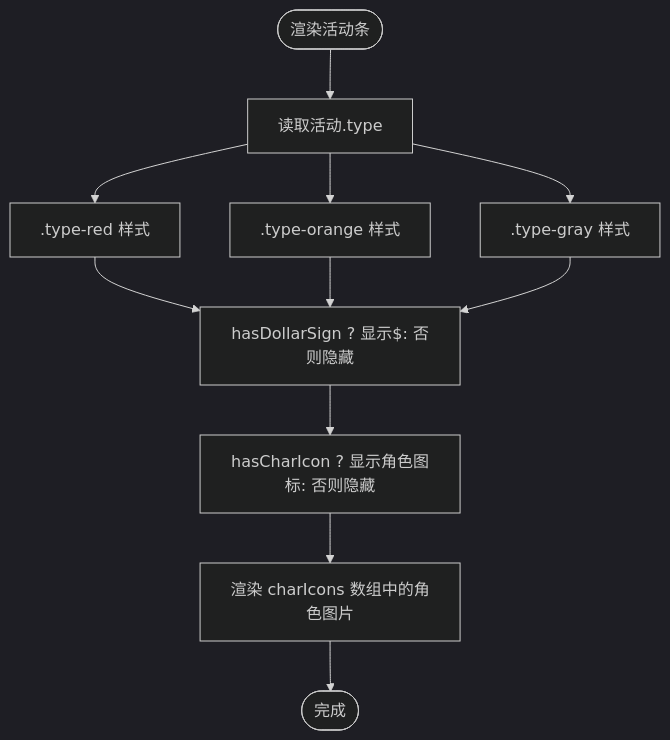
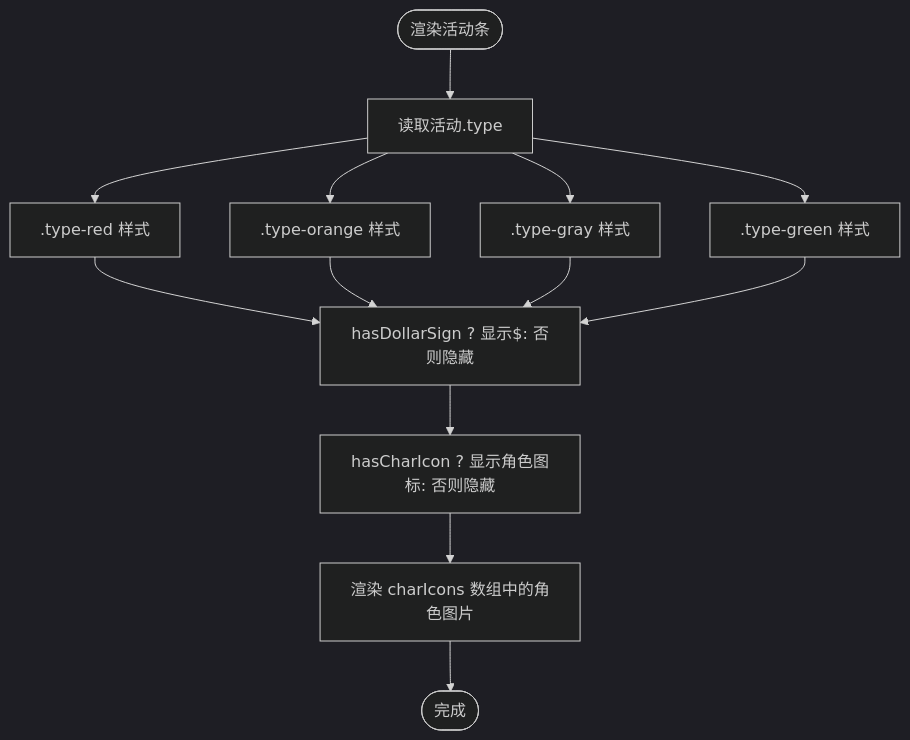
Before and after one commit to xuanyulingnfeg/gameCalendar: the fifth of 7 diagrams in .qoder/repowiki/zh/content/配置系统.md, drawn with Mermaid (dark theme). The commit also changed other lines of this file and 9 other files, not shown here.

````diff
--- a/.qoder/repowiki/zh/content/配置系统.md
+++ b/.qoder/repowiki/zh/content/配置系统.md
@@ -243,13 +248,15 @@
 ```mermaid
 flowchart TD
 Start(["渲染活动条"]) --> CheckType["读取活动.type"]
 CheckType --> Red[".type-red 样式"]
 CheckType --> Orange[".type-orange 样式"]
 CheckType --> Gray[".type-gray 样式"]
+CheckType --> Green[".type-green 样式"]
 Red --> Dollar["hasDollarSign ? 显示$: 否则隐藏"]
 Orange --> Dollar
 Gray --> Dollar
+Green --> Dollar
 Dollar --> Char["hasCharIcon ? 显示角色图标: 否则隐藏"]
 Char --> Icons["渲染 charIcons 数组中的角色图片"]
 Icons --> End(["完成"])
 ```
````
